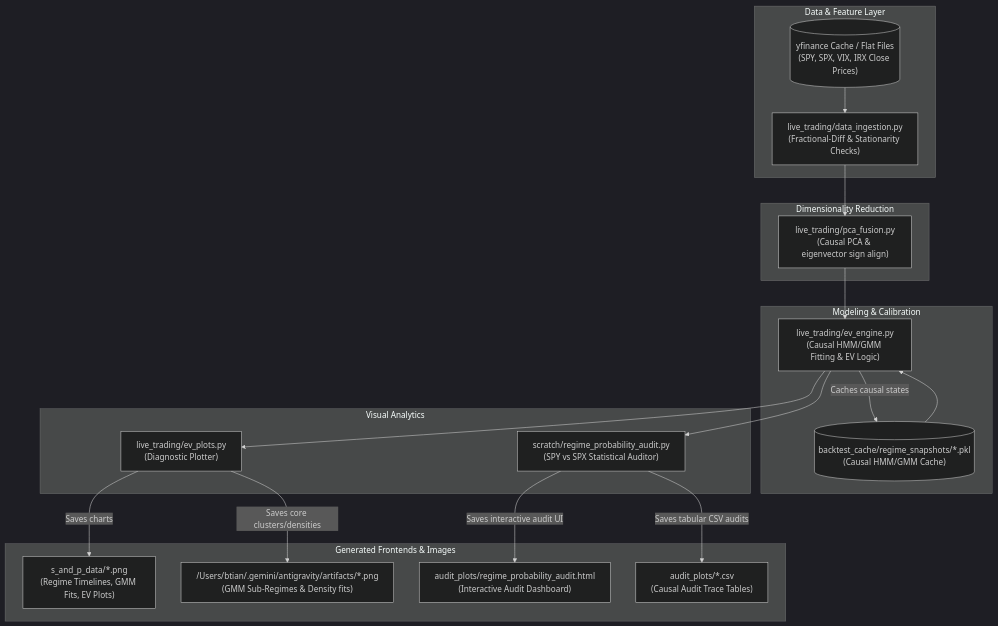
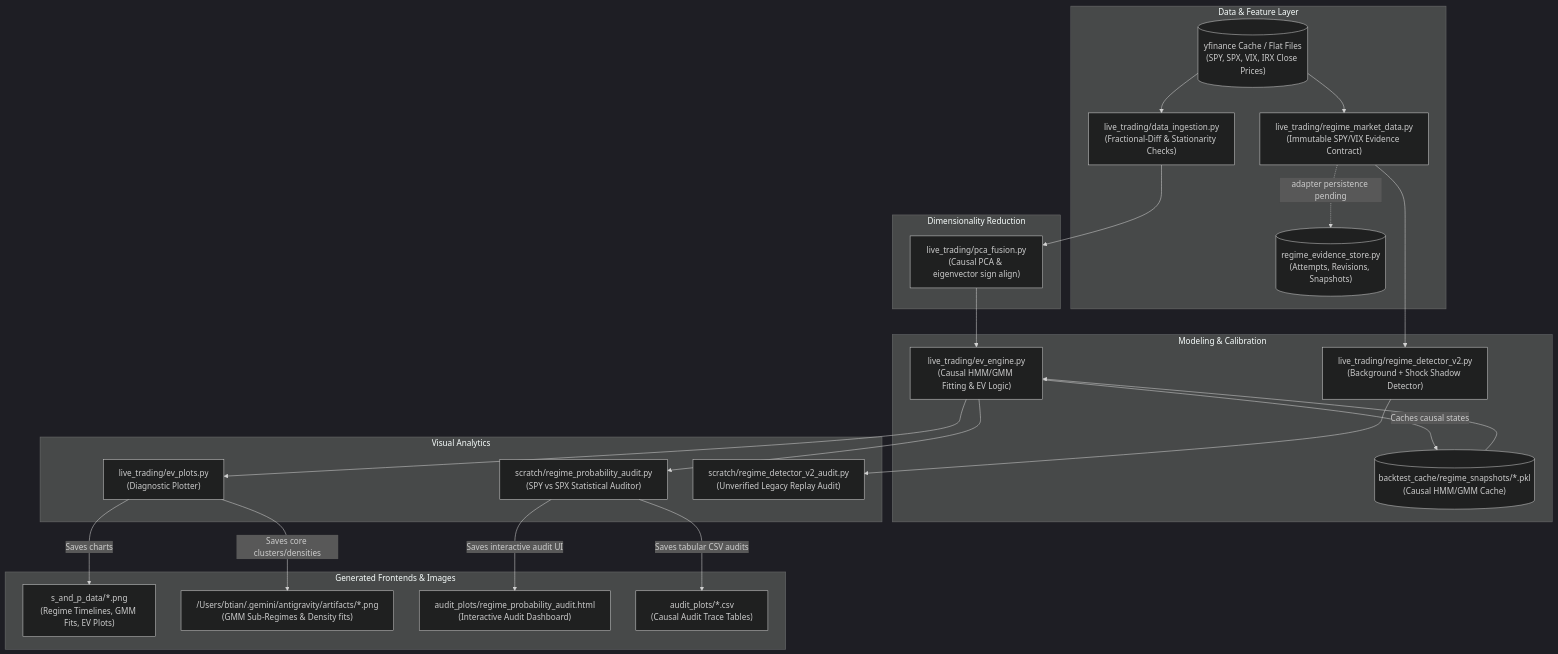
One commit to tbt316/etrade_quant_trading changed the second of 2 diagrams in etrade_python_client/docs/project_overview.md. Above: the diagram before and after it, drawn with Mermaid (dark theme). The commit also changed other lines of this file and 9 other files, not shown here.

Commit message:
Add causal regime market data contract

````diff
--- a/etrade_python_client/docs/project_overview.md
+++ b/etrade_python_client/docs/project_overview.md
@@ -52,40 +55,48 @@
 ```mermaid
 flowchart TD
     subgraph Data & Feature Layer
         DI["live_trading/data_ingestion.py<br/>(Fractional-Diff & Stationarity Checks)"]
         YF[("yfinance Cache / Flat Files<br/>(SPY, SPX, VIX, IRX Close Prices)")]
+        RMD["live_trading/regime_market_data.py<br/>(Immutable SPY/VIX Evidence Contract)"]
+        RES[("regime_evidence_store.py<br/>(Attempts, Revisions, Snapshots)")]
     end
 
     subgraph Dimensionality Reduction
         PF["live_trading/pca_fusion.py<br/>(Causal PCA & eigenvector sign align)"]
     end
 
     subgraph Modeling & Calibration
         EE["live_trading/ev_engine.py<br/>(Causal HMM/GMM Fitting & EV Logic)"]
         Snap[("backtest_cache/regime_snapshots/*.pkl<br/>(Causal HMM/GMM Cache)")]
+        RD2["live_trading/regime_detector_v2.py<br/>(Background + Shock Shadow Detector)"]
     end
 
     subgraph Visual Analytics
         EP["live_trading/ev_plots.py<br/>(Diagnostic Plotter)"]
         RPA["scratch/regime_probability_audit.py<br/>(SPY vs SPX Statistical Auditor)"]
+        RVA["scratch/regime_detector_v2_audit.py<br/>(Unverified Legacy Replay Audit)"]
     end
 
     subgraph Generated Frontends & Images
         PNGS["s_and_p_data/*.png<br/>(Regime Timelines, GMM Fits, EV Plots)"]
         ARTS["/Users/btian/.gemini/antigravity/artifacts/*.png<br/>(GMM Sub-Regimes & Density fits)"]
         AUD["audit_plots/regime_probability_audit.html<br/>(Interactive Audit Dashboard)"]
         CSVS["audit_plots/*.csv<br/>(Causal Audit Trace Tables)"]
     end
 
     YF --> DI
+    YF --> RMD
+    RMD -.->|"adapter persistence pending"| RES
+    RMD --> RD2
+    RD2 --> RVA
     DI --> PF
     PF --> EE
     EE -->|Caches causal states| Snap
     Snap --> EE
     EE --> EP
     EE --> RPA
     EP -->|Saves charts| PNGS
     EP -->|Saves core clusters/densities| ARTS
     RPA -->|Saves interactive audit UI| AUD
     RPA -->|Saves tabular CSV audits| CSVS
 ```
````
